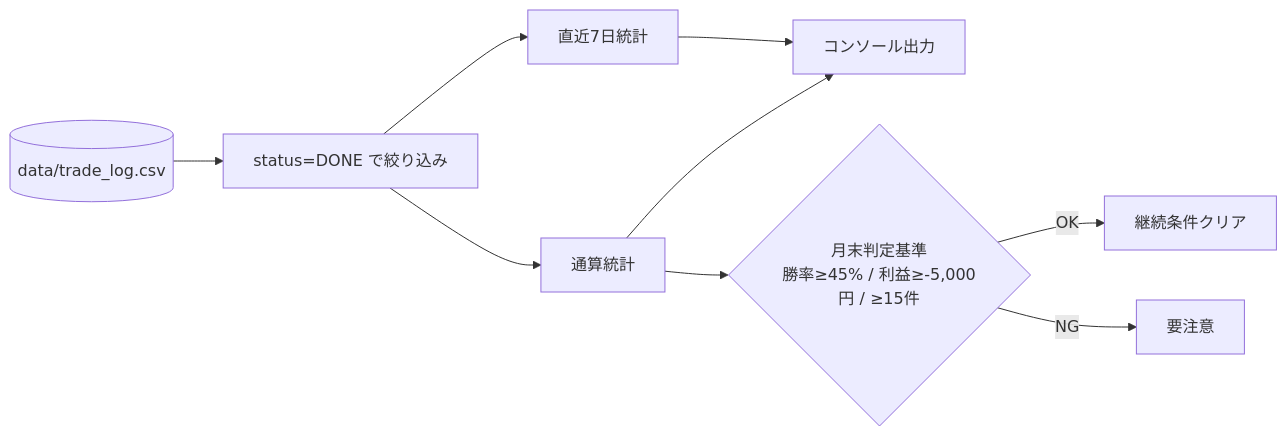
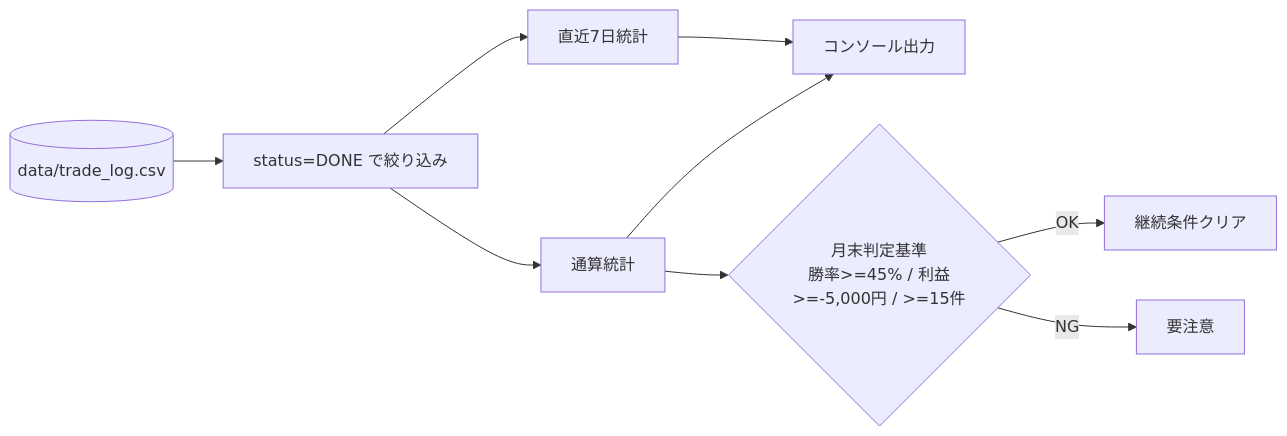
One commit to ta1k1-arakawa/stock-analyzer changed the fifth of 5 diagrams in ARCHITECTURE.md. Above: the diagram before and after it, drawn with Mermaid. The commit also changed other lines of this file and 2 other files, not shown here.

````diff
--- a/ARCHITECTURE.md
+++ b/ARCHITECTURE.md
@@ -144,11 +144,11 @@
 ```mermaid
 flowchart LR
     L[(data/trade_log.csv)] --> P[status=DONE で絞り込み]
     P --> W[直近7日統計]
     P --> T[通算統計]
     W --> O[コンソール出力]
     T --> O
-    T --> J{月末判定基準<br/>勝率≥45% / 利益≥-5,000円 / ≥15件}
+    T --> J{月末判定基準<br/>勝率>=45% / 利益>=-5,000円 / >=15件}
     J -->|OK| OK[継続条件クリア]
     J -->|NG| NG[要注意]
 ```
````
